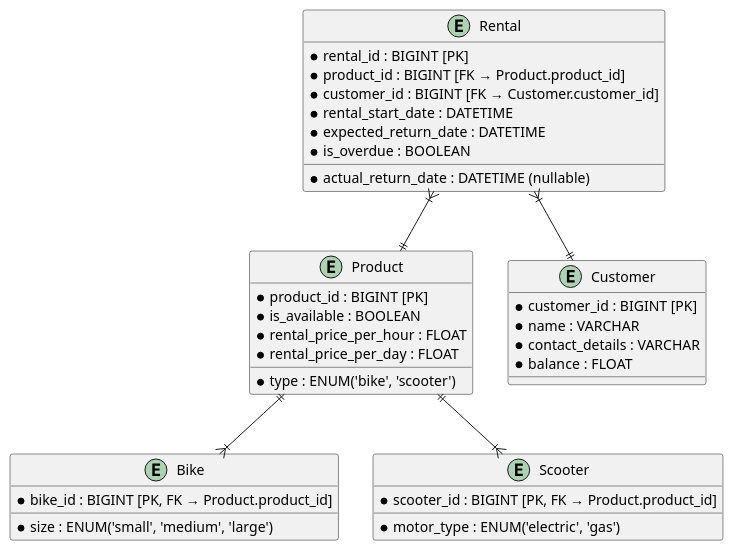
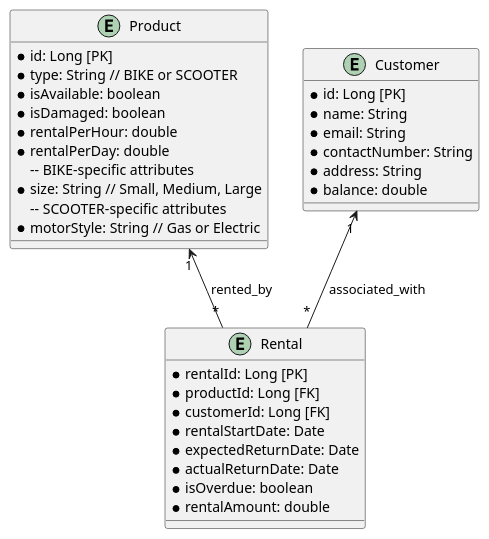
One commit to randeep-k11/system-design-LLD changed the diagram in bike-or-car-rental-shop/src/main/resources/images/Bike_Rental_Schema_Design_Diagram.puml. Above: the diagram before and after it, drawn with PlantUML. The commit also changed 20 other files, not shown here.

```diff
--- a/bike-or-car-rental-shop/src/main/resources/images/Bike_Rental_Schema_Design_Diagram.puml
+++ b/bike-or-car-rental-shop/src/main/resources/images/Bike_Rental_Schema_Design_Diagram.puml
@@ -1,41 +1,37 @@
 @startuml
 entity Product {
-  * product_id : BIGINT [PK]
-  * type : ENUM('bike', 'scooter')
-  * is_available : BOOLEAN
-  * rental_price_per_hour : FLOAT
-  * rental_price_per_day : FLOAT
-}
-
-entity Bike {
-  * bike_id : BIGINT [PK, FK → Product.product_id]
-  * size : ENUM('small', 'medium', 'large')
-}
-
-entity Scooter {
-  * scooter_id : BIGINT [PK, FK → Product.product_id]
-  * motor_type : ENUM('electric', 'gas')
+  * id: Long [PK]
+  * type: String // BIKE or SCOOTER
+  * isAvailable: boolean
+  * isDamaged: boolean
+  * rentalPerHour: double
+  * rentalPerDay: double
+  -- BIKE-specific attributes
+  * size: String // Small, Medium, Large
+  -- SCOOTER-specific attributes
+  * motorStyle: String // Gas or Electric
 }
 
 entity Customer {
-  * customer_id : BIGINT [PK]
-  * name : VARCHAR
-  * contact_details : VARCHAR
-  * balance : FLOAT
+  * id: Long [PK]
+  * name: String
+  * email: String
+  * contactNumber: String
+  * address: String
+  * balance: double
 }
 
 entity Rental {
-  * rental_id : BIGINT [PK]
-  * product_id : BIGINT [FK → Product.product_id]
-  * customer_id : BIGINT [FK → Customer.customer_id]
-  * rental_start_date : DATETIME
-  * expected_return_date : DATETIME
-  * actual_return_date : DATETIME (nullable)
-  * is_overdue : BOOLEAN
+  * rentalId: Long [PK]
+  * productId: Long [FK]
+  * customerId: Long [FK]
+  * rentalStartDate: Date
+  * expectedReturnDate: Date
+  * actualReturnDate: Date
+  * isOverdue: boolean
+  * rentalAmount: double
 }
 
-Product ||--|{ Bike
-Product ||--|{ Scooter
-Rental }|--|| Product
-Rental }|--|| Customer
+Product "1" <-- "*" Rental : rented_by
+Customer "1" <-- "*" Rental : associated_with
 @enduml
```
